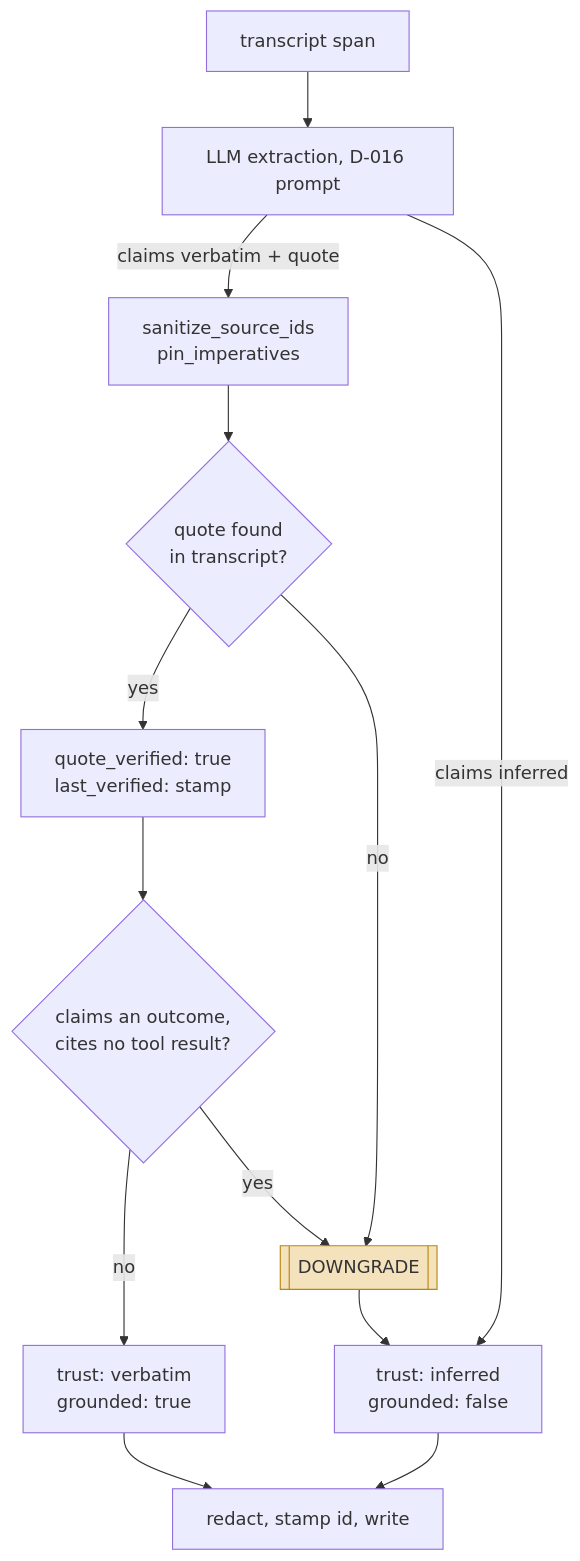
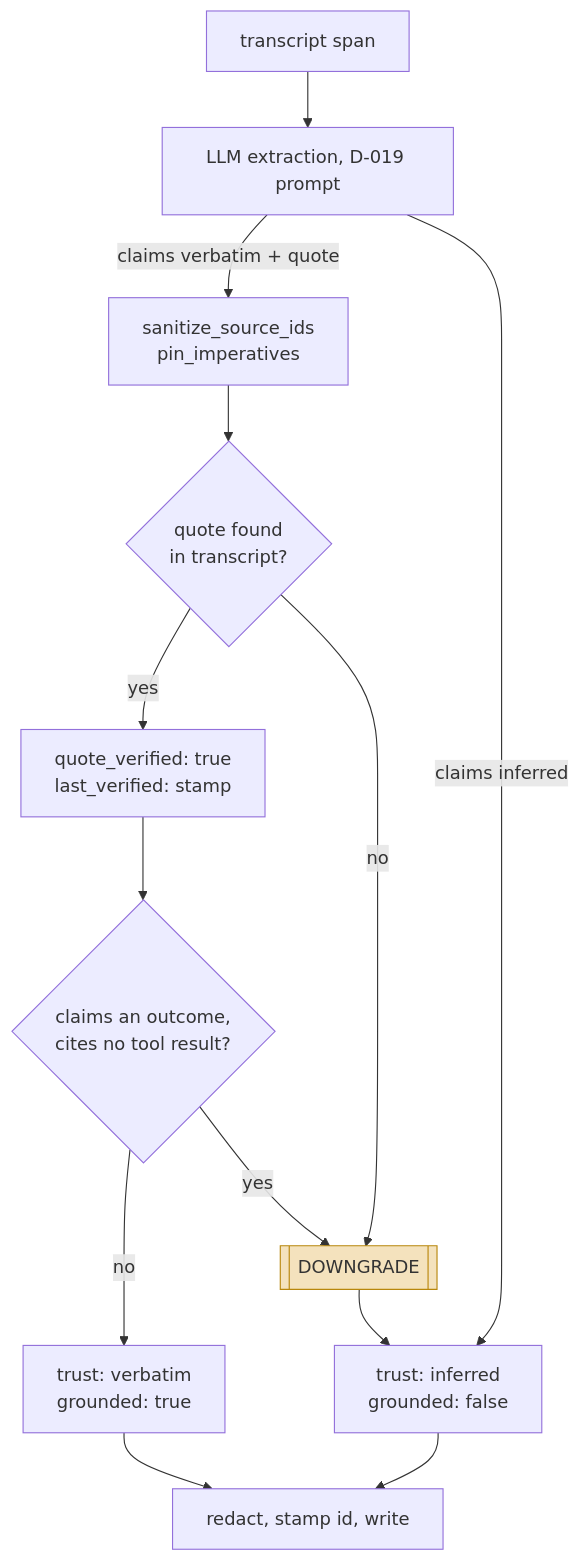
The first of 2 diagrams in content/systems/daimon.md (neoneye/agent-memory-atlas), drawn with Mermaid before and after one commit. The commit also changed other lines of this file and 15 other files, not shown here.

````diff
--- a/content/systems/daimon.md
+++ b/content/systems/daimon.md
@@ -110,21 +110,21 @@
 ```mermaid
 %% caption: the extraction downgrades to inferred when a quote is not found verbatim in the transcript, or when a claimed outcome cites no tool result — grounding is a deterministic gate, not a model's self-report
 flowchart TB
-    T["transcript span"] --> EX["LLM extraction, D-016 prompt"]
+    T["transcript span"] --> EX["LLM extraction, D-019 prompt"]
     EX -->|"claims verbatim + quote"| S["sanitize_source_ids<br/>pin_imperatives"]
     EX -->|"claims inferred"| INF["trust: inferred<br/>grounded: false"]
 
     S --> Q{"quote found<br/>in transcript?"}
     Q -->|yes| QV["quote_verified: true<br/>last_verified: stamp"]
     QV --> G{"claims an outcome,<br/>cites no tool result?"}
     G -->|no| GT["trust: verbatim<br/>grounded: true"]
 
     Q -->|no| D[["DOWNGRADE"]]
     G -->|yes| D
     D --> INF
 
     GT --> W["redact, stamp id, write"]
     INF --> W
 
     style D fill:#f4e2bd,stroke:#b8860b
 ```
````
